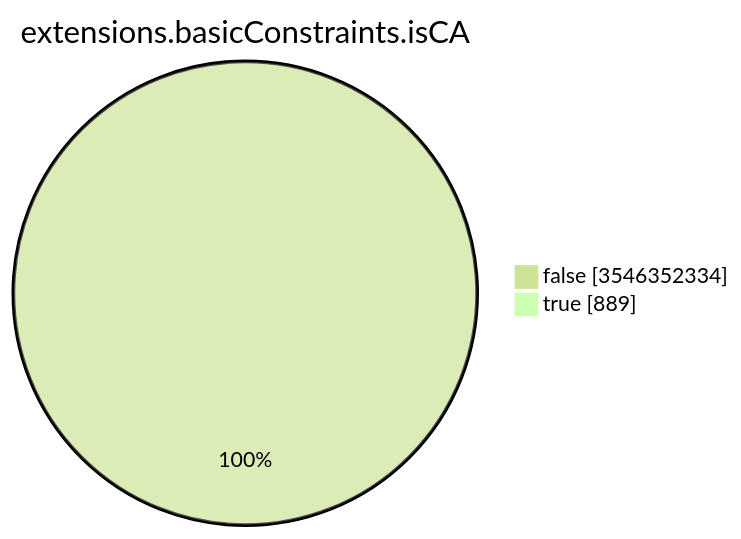
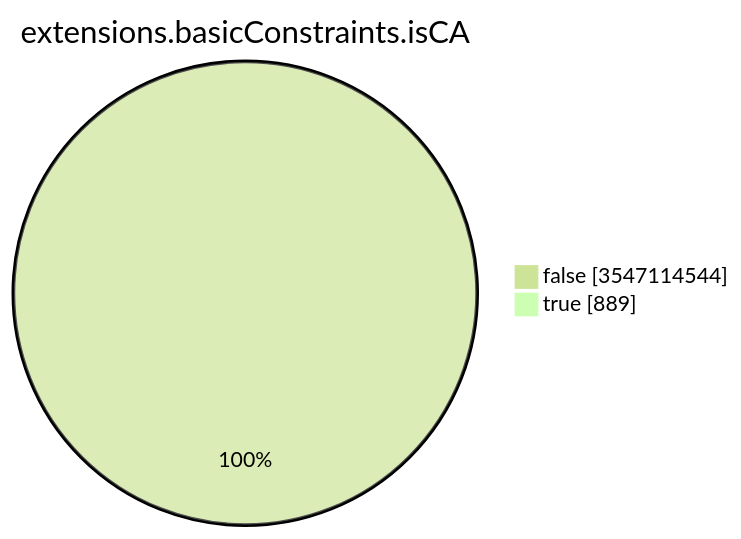
One commit to christiankrug/ctmonitor_visualization changed the seventh of 15 diagrams in TOTAL/README.md. Above: the diagram before and after it, drawn with Mermaid (forest theme). The commit also changed other lines of this file, not shown here.

````diff
--- a/TOTAL/README.md
+++ b/TOTAL/README.md
@@ -3094,6 +3094,6 @@
 ```mermaid
 pie showData
 title extensions.basicConstraints.isCA
-"false" :3546352334
+"false" :3547114544
 "true" :889
 ```
````
